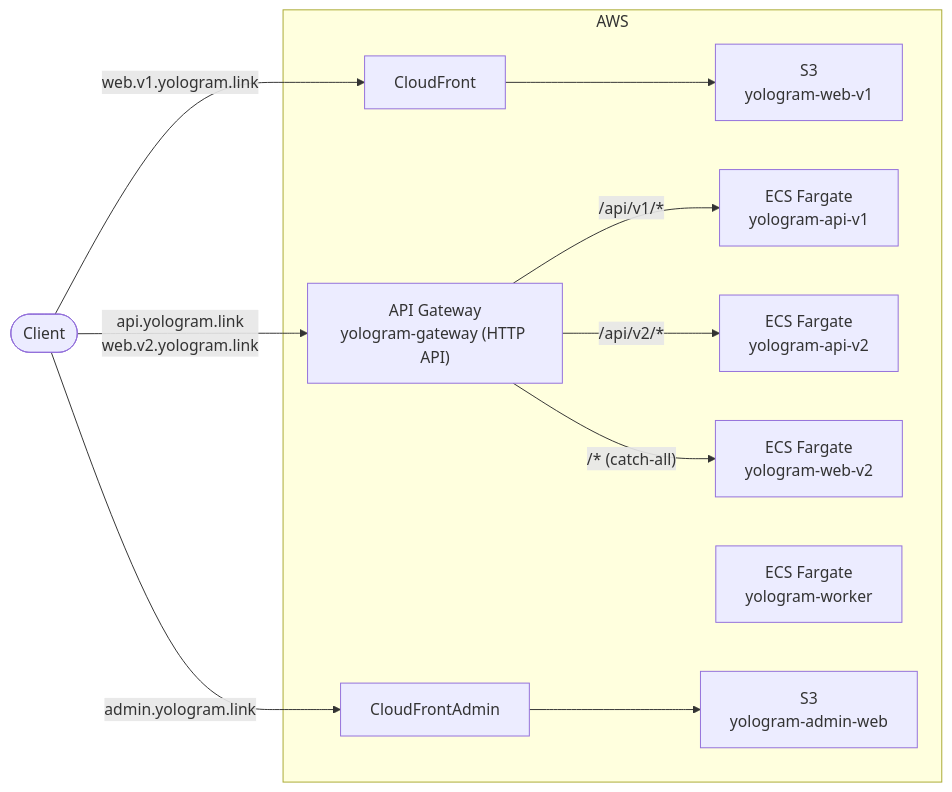
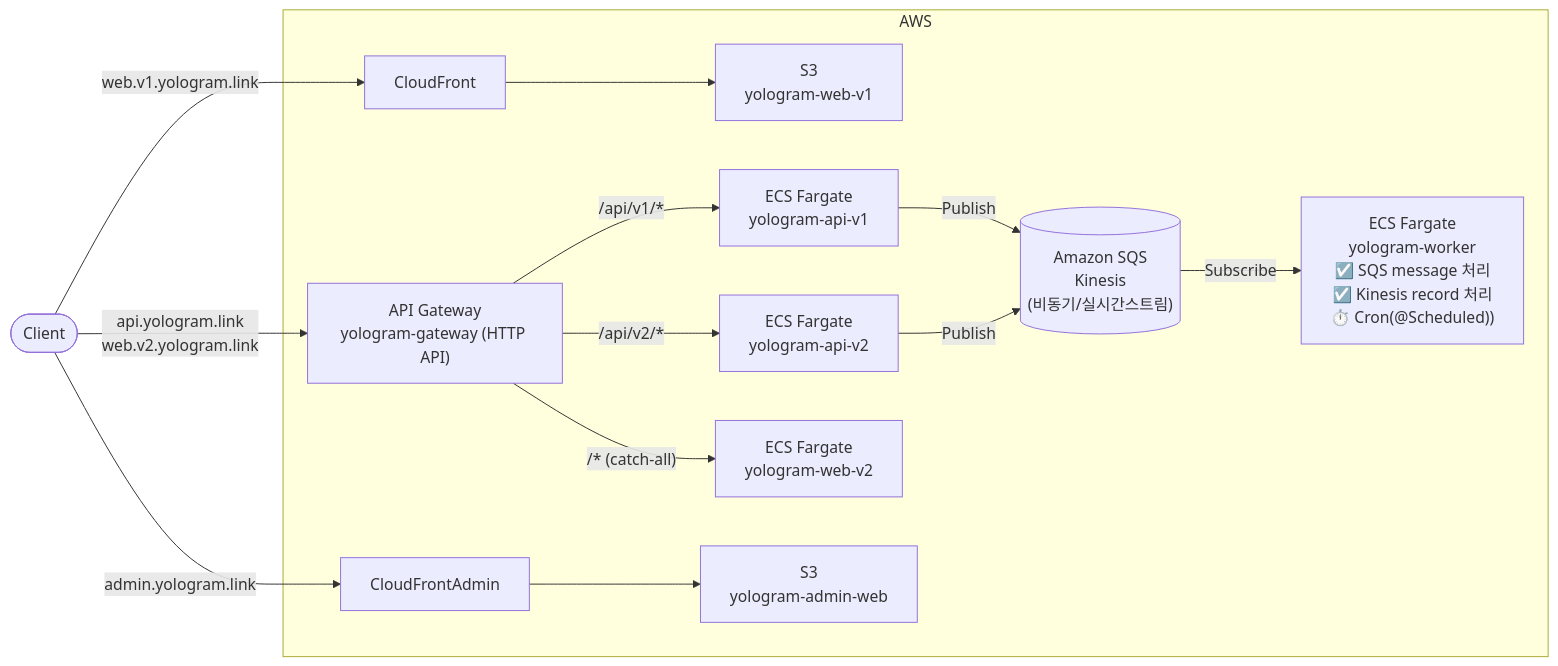
Before and after one commit to yologger/yologram: the diagram in README.md, drawn with Mermaid. The commit also changed other lines of this file, not shown here.

First line of the commit message:
README: 아키텍처 다이어그램에 worker·메시지 브로커(SQS/Kinesis) 반영 + 월 예상 요금 표 추가

````diff
--- a/README.md
+++ b/README.md
@@ -15,23 +15,30 @@
 ```mermaid
 flowchart LR
     Client([Client])
 
     Client -- "web.v1.yologram.link" --> CloudFront
     Client -- "admin.yologram.link" --> CloudFrontAdmin
     Client -- "api.yologram.link<br/>web.v2.yologram.link" --> APIGW
 
     subgraph AWS
         CloudFront --> S3["S3<br/>yologram-web-v1"]
 
         APIGW["API Gateway<br/>yologram-gateway (HTTP API)"]
         APIGW -- "/api/v1/*" --> ECS_API_V1["ECS Fargate<br/>yologram-api-v1"]
         APIGW -- "/api/v2/*" --> ECS_API_V2["ECS Fargate<br/>yologram-api-v2"]
         APIGW -- "/* (catch-all)" --> ECS_WEB_V2["ECS Fargate<br/>yologram-web-v2"]
 
+        %% Message Broker (SQS / Kinesis)
+        MessageBroker[("Amazon SQS<br/>Kinesis</br>(비동기/실시간스트림)")]
 
-        ECS_WORKER["ECS Fargate<br/>yologram-worker"]
+        %% Publishers
+        ECS_API_V1 -- "Publish" --> MessageBroker
+        ECS_API_V2 -- "Publish" --> MessageBroker
 
+        %% Subscriber
+        ECS_WORKER["ECS Fargate<br/>yologram-worker<br/>☑️ SQS message 처리<br/>☑️ Kinesis record 처리<br/>⏱️ Cron(@Scheduled))"]
+        MessageBroker -- "Subscribe" --> ECS_WORKER
         
         CloudFrontAdmin --> S3Admin["S3<br/>yologram-admin-web"]
     end
 ```
````
